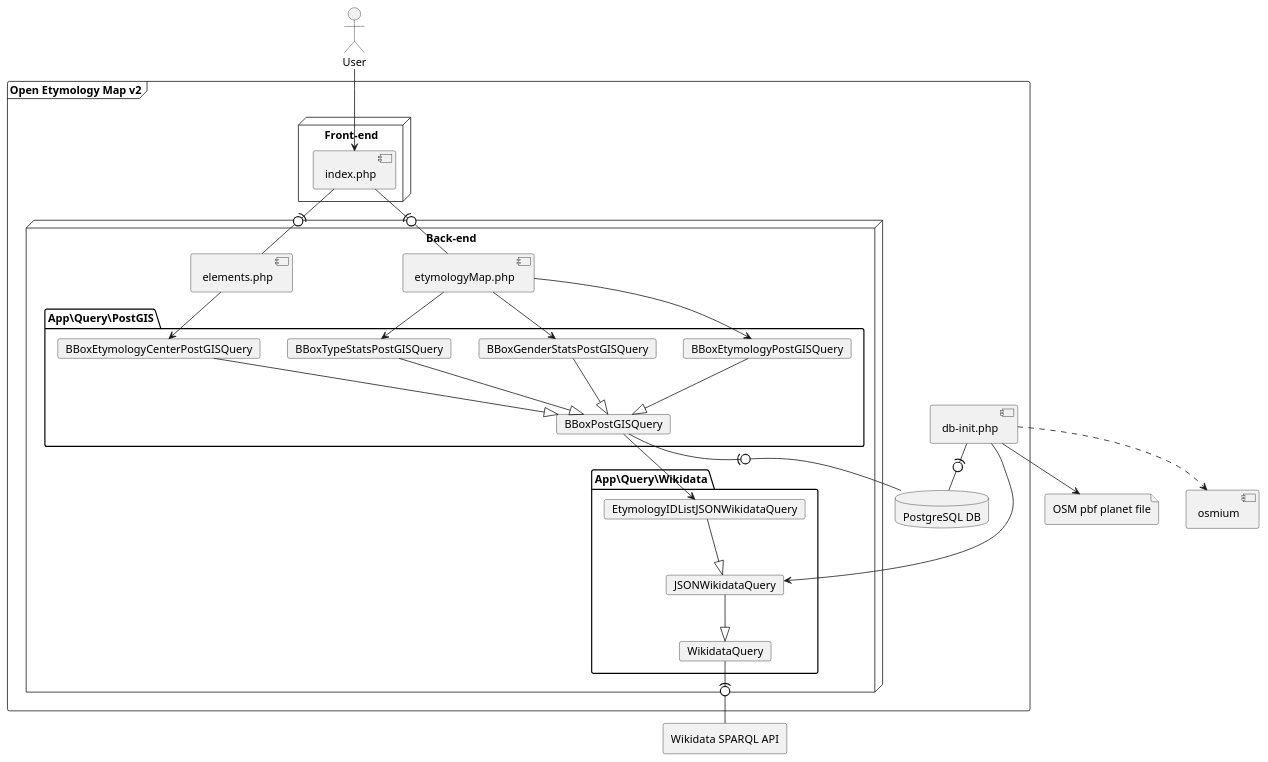
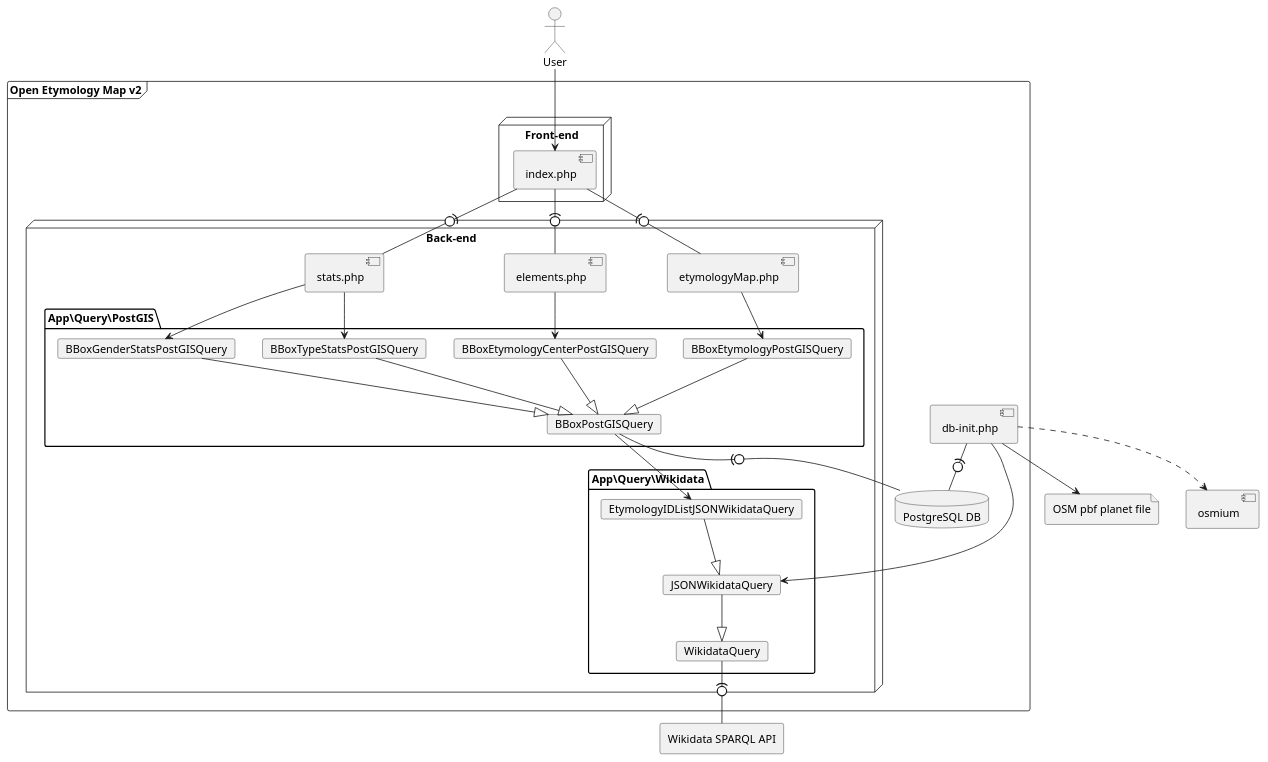
Before and after one commit to Danysan1/osm-wikidata-map-framework: the second of 3 diagrams in CONTRIBUTING.md, drawn with PlantUML. The commit also changed other lines of this file and 3 other files, not shown here.

Commit message:
stats.php

````diff
--- a/CONTRIBUTING.md
+++ b/CONTRIBUTING.md
@@ -194,58 +194,58 @@
 ```plantuml
-@startuml oem_v2
 actor user as "User"
 file pbf as "OSM pbf planet file"
 component osmium
 frame oem as "Open Etymology Map v2" {
     database db as "PostgreSQL DB"
     component init as "db-init.php"
     node "Front-end" {
         component index as "index.php"
     }
     node "Back-end" {
         component etymologyMap as "etymologyMap.php"
         component elements as "elements.php"
+        component stats as "stats.php"
         package "App\Query\PostGIS" {
             card BBoxEtymologyPostGISQuery
             card BBoxGenderStatsPostGISQuery
             card BBoxTypeStatsPostGISQuery
             card BBoxEtymologyCenterPostGISQuery
             card BBoxPostGISQuery
         }
         package "App\Query\Wikidata" {
             card EtymologyIDListJSONWikidataQuery
             card JSONWikidataQuery
             card WikidataQuery
         }
     }
 }
 agent wikidata as "Wikidata SPARQL API"
 
 user --> index
 index -(0- etymologyMap
 index -(0- elements
+index -(0- stats
 
 etymologyMap --> BBoxEtymologyPostGISQuery
-etymologyMap --> BBoxGenderStatsPostGISQuery
-etymologyMap --> BBoxTypeStatsPostGISQuery
+stats --> BBoxGenderStatsPostGISQuery
+stats --> BBoxTypeStatsPostGISQuery
 elements --> BBoxEtymologyCenterPostGISQuery
 
 BBoxEtymologyPostGISQuery --^ BBoxPostGISQuery
 BBoxGenderStatsPostGISQuery --^ BBoxPostGISQuery
 BBoxTypeStatsPostGISQuery --^ BBoxPostGISQuery
 BBoxEtymologyCenterPostGISQuery --^ BBoxPostGISQuery
 
 EtymologyIDListJSONWikidataQuery --^ JSONWikidataQuery
 JSONWikidataQuery --^ WikidataQuery
 
 BBoxPostGISQuery -(0- db
 BBoxPostGISQuery --> EtymologyIDListJSONWikidataQuery
 
 WikidataQuery -(0- wikidata
 
 init -(0- db
 init ..> osmium
 init --> pbf
 init --> JSONWikidataQuery
-@enduml
 ```
````
